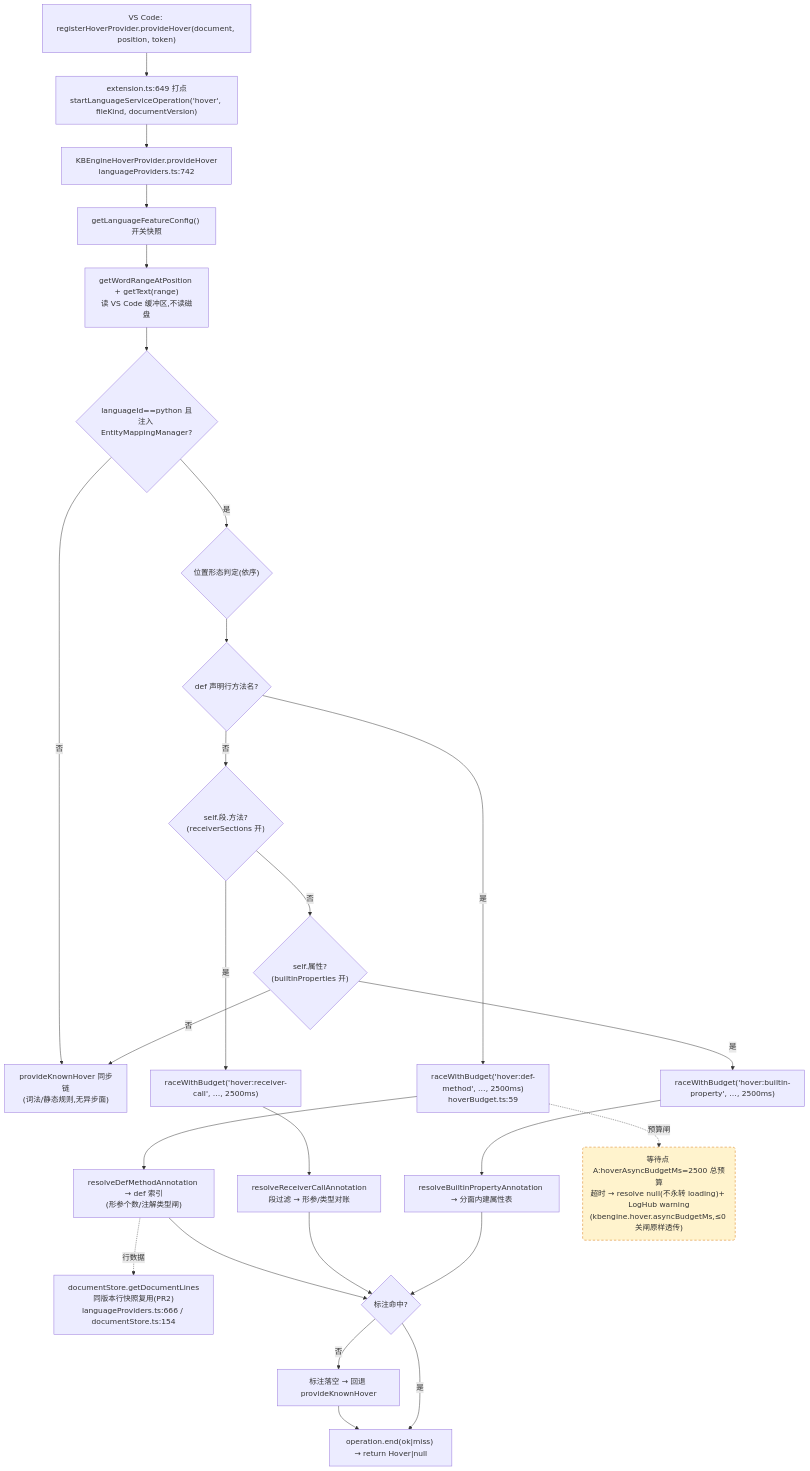
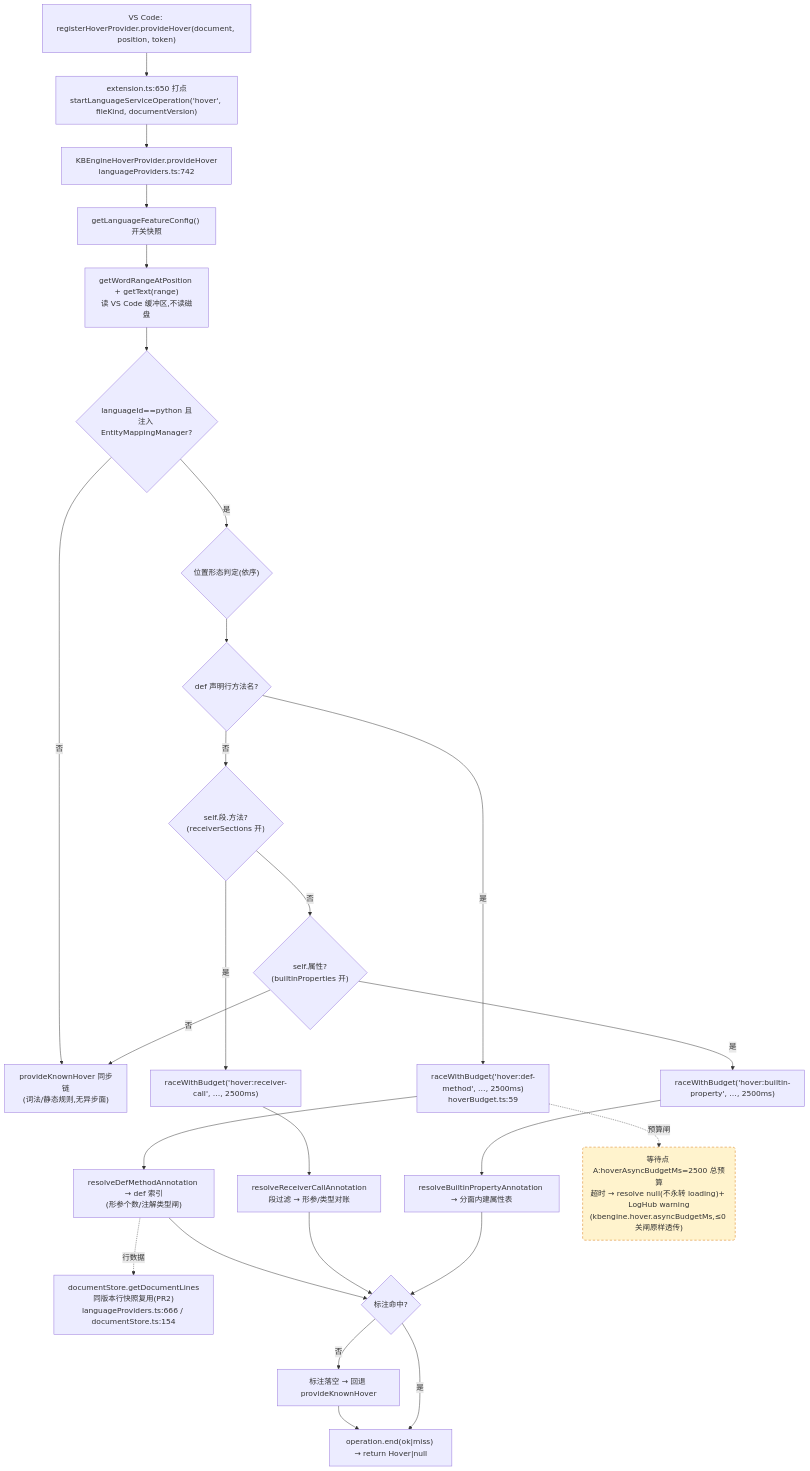
Before and after one commit to cuihairu/kode: the first of 4 diagrams in docs/perf/2026-baseline.md, drawn with Mermaid. The commit also changed other lines of this file and 12 other files, not shown here.

````diff
--- a/docs/perf/2026-baseline.md
+++ b/docs/perf/2026-baseline.md
@@ -82,45 +82,45 @@
 ```mermaid
 flowchart TD
   VC1["VS Code: registerHoverProvider.provideHover(document, position, token)"]
-  M1["extension.ts:649 打点<br/>startLanguageServiceOperation('hover', fileKind, documentVersion)"]
+  M1["extension.ts:650 打点<br/>startLanguageServiceOperation('hover', fileKind, documentVersion)"]
   HP["KBEngineHoverProvider.provideHover<br/>languageProviders.ts:742"]
   CFG["getLanguageFeatureConfig() 开关快照"]
   WORD["getWordRangeAtPosition + getText(range)<br/>读 VS Code 缓冲区,不读磁盘"]
   BR{"languageId==python 且<br/>注入 EntityMappingManager?"}
   KN["provideKnownHover 同步链<br/>(词法/静态规则,无异步面)"]
   POS{"位置形态判定(依序)"}
   D1{"def 声明行方法名?"}
   D2{"self.段.方法?<br/>(receiverSections 开)"}
   D3{"self.属性?<br/>(builtinProperties 开)"}
   RA1["raceWithBudget('hover:def-method', …, 2500ms)<br/>hoverBudget.ts:59"]
   RA2["raceWithBudget('hover:receiver-call', …, 2500ms)"]
   RA3["raceWithBudget('hover:builtin-property', …, 2500ms)"]
   RS1["resolveDefMethodAnnotation → def 索引<br/>(形参个数/注解类型闸)"]
   RS2["resolveReceiverCallAnnotation<br/>段过滤 → 形参/类型对账"]
   RS3["resolveBuiltinPropertyAnnotation → 分面内建属性表"]
   LINES["documentStore.getDocumentLines<br/>同版本行快照复用(PR2)<br/>languageProviders.ts:666 / documentStore.ts:154"]
   MISS["标注落空 → 回退 provideKnownHover"]
   END1["operation.end(ok|miss) → return Hover|null"]
 
   VC1 --> M1 --> HP --> CFG --> WORD --> BR
   BR -- "否" --> KN
   BR -- "是" --> POS --> D1
   D1 -- "是" --> RA1 --> RS1
   D1 -- "否" --> D2
   D2 -- "是" --> RA2 --> RS2
   D2 -- "否" --> D3
   D3 -- "是" --> RA3 --> RS3
   D3 -- "否" --> KN
   RS1 --> HIT{"标注命中?"}
   RS2 --> HIT
   RS3 --> HIT
   RS1 -.->|行数据| LINES
   HIT -- "否" --> MISS --> END1
   HIT -- "是" --> END1
 
   WAITA("等待点 A:hoverAsyncBudgetMs=2500 总预算<br/>超时 → resolve null(不永转 loading)+ LogHub warning<br/>(kbengine.hover.asyncBudgetMs,≤0 关闸原样透传)")
   RA1 -.->|预算闸| WAITA
 
   classDef waitPoint fill:#fff3cd,stroke:#d97706,stroke-dasharray:5 4;
   class WAITA waitPoint;
 ```
````
